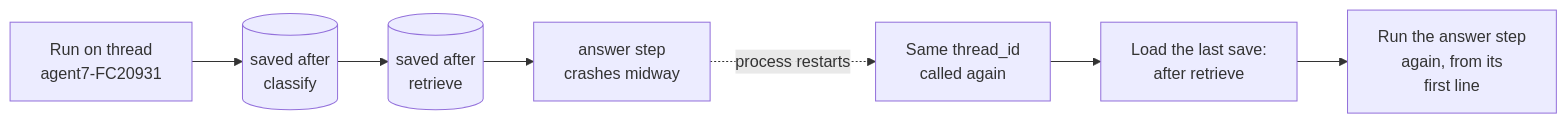
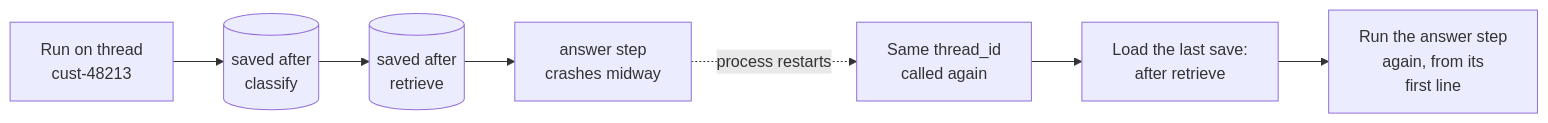
One commit to shubamchaudhary/CodeNITW changed the second of 9 diagrams in src/Data/aiStackDocs/CH-06.md. Above: the diagram before and after it, drawn with Mermaid. The commit also changed other lines of this file and 32 other files, not shown here.

````diff
--- a/src/Data/aiStackDocs/CH-06.md
+++ b/src/Data/aiStackDocs/CH-06.md
@@ -31,9 +31,9 @@
 ```mermaid
 flowchart LR
-    R1["Run on thread<br/>agent7-FC20931"] --> CP1[("saved after<br/>classify")]
+    R1["Run on thread<br/>cust-48213"] --> CP1[("saved after<br/>classify")]
     CP1 --> CP2[("saved after<br/>retrieve")]
     CP2 --> X["answer step<br/>crashes midway"]
     X -.->|"process restarts"| RS["Same thread_id<br/>called again"]
     RS --> LD["Load the last save:<br/>after retrieve"]
     LD --> RA["Run the answer step<br/>again, from its<br/>first line"]
 ```
````
